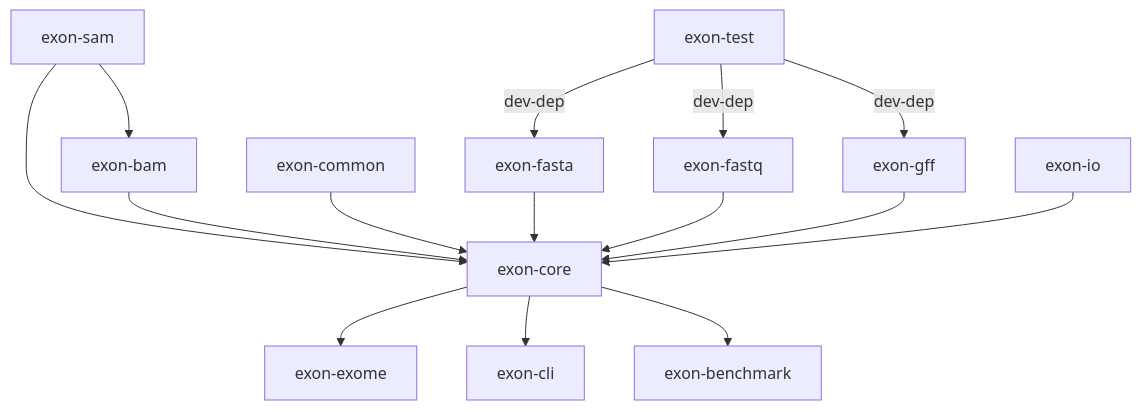
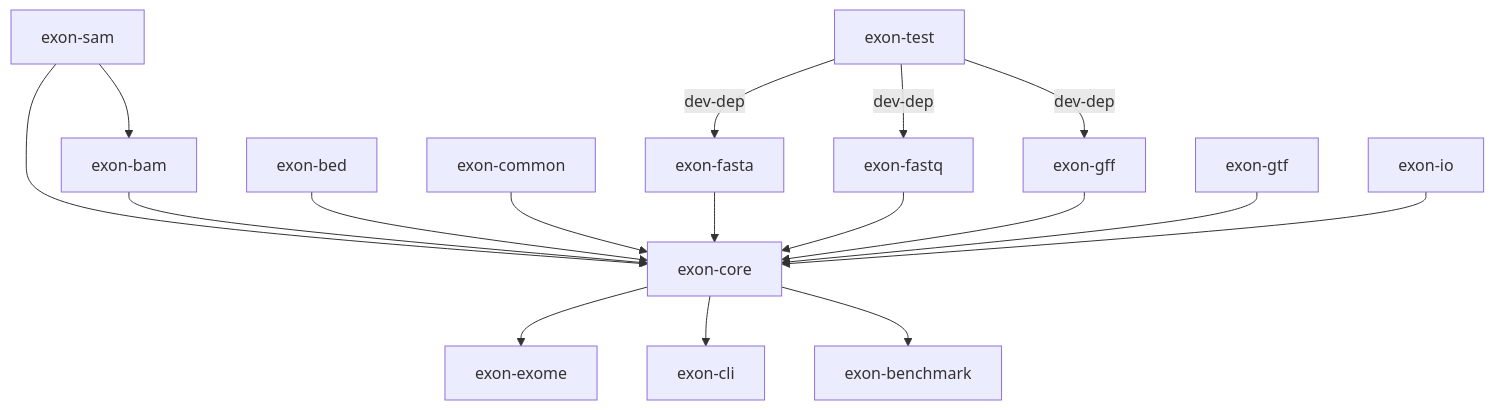
Before and after one commit to wheretrue/exon: the diagram in docs/release-guide.md, drawn with Mermaid. The commit also changed other lines of this file and 12 other files, not shown here.

````diff
--- a/docs/release-guide.md
+++ b/docs/release-guide.md
@@ -5,17 +5,19 @@
 ```mermaid
 flowchart TD
     exon-sam --> exon-bam
     exon-sam --> exon-core
     exon-bam --> exon-core
+    exon-bed --> exon-core
     exon-common --> exon-core
     exon-fasta --> exon-core
     exon-fastq --> exon-core
     exon-gff --> exon-core
+    exon-gtf --> exon-core
     exon-io --> exon-core
     exon-core --> exon-exome
     exon-test --dev-dep--> exon-fasta
     exon-test --dev-dep--> exon-fastq
     exon-test --dev-dep--> exon-gff
     exon-core --> exon-cli
     exon-core --> exon-benchmark
 ```
````
